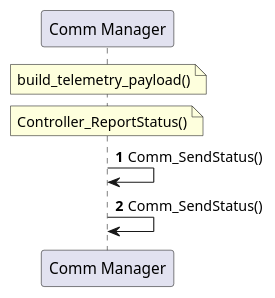
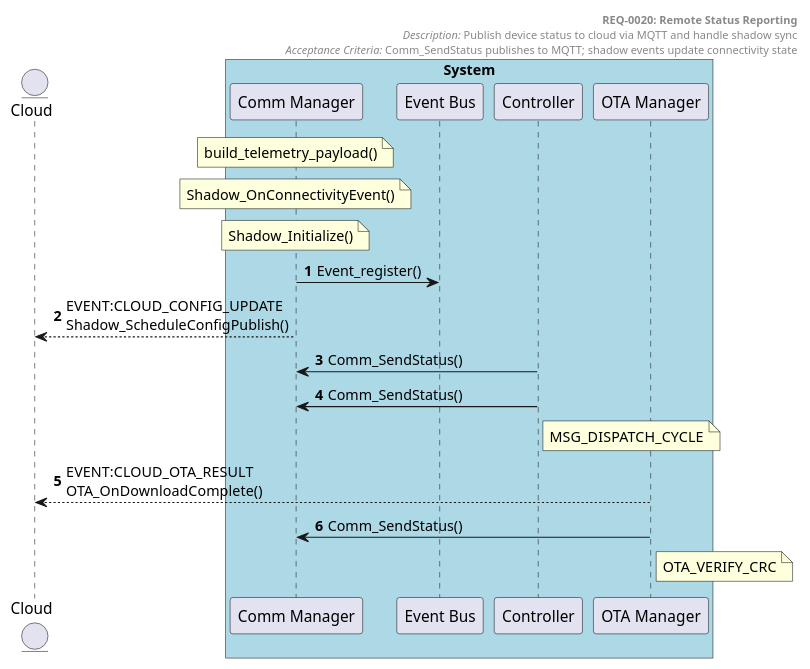
One commit to tvanfossen/doxygen-guard-example changed the diagram in docs/generated/sequences/REQ-0020.puml. Above: the diagram before and after it, drawn with PlantUML. The commit also changed 31 other files, not shown here.

First line of the commit message:
Expand examples: dual requirements, OTA flow, event bus, shadow sync

```diff
--- a/docs/generated/sequences/REQ-0020.puml
+++ b/docs/generated/sequences/REQ-0020.puml
@@ -1,12 +1,32 @@
-@startuml REQ-0020
+@startuml REQ-0020 Remote Status Reporting
 autonumber
 
-participant "Comm Manager" as Comm_Manager
+entity "Cloud" as Cloud
+
+box "System" #LightBlue
+  participant "Comm Manager" as Comm_Manager
+  participant "Event Bus" as Event_Bus
+  participant "Controller" as Controller
+  participant "OTA Manager" as OTA_Manager
+end box
+
+header
+  **REQ-0020: Remote Status Reporting**
+  //Description:// Publish device status to cloud via MQTT and handle shadow sync
+  //Acceptance Criteria:// Comm_SendStatus publishes to MQTT; shadow events update connectivity state
+end header
 
 note over Comm_Manager: build_telemetry_payload()
-note over Comm_Manager: Controller_ReportStatus()
+note over Comm_Manager: Shadow_OnConnectivityEvent()
+note over Comm_Manager: Shadow_Initialize()
 
-Comm_Manager -> Comm_Manager: Comm_SendStatus()
-Comm_Manager -> Comm_Manager: Comm_SendStatus()
+Comm_Manager -> Event_Bus: Event_register()
+Comm_Manager --> Cloud: EVENT:CLOUD_CONFIG_UPDATE\nShadow_ScheduleConfigPublish()
+Controller -> Comm_Manager: Comm_SendStatus()
+Controller -> Comm_Manager: Comm_SendStatus()
+note right of Controller: MSG_DISPATCH_CYCLE
+OTA_Manager --> Cloud: EVENT:CLOUD_OTA_RESULT\nOTA_OnDownloadComplete()
+OTA_Manager -> Comm_Manager: Comm_SendStatus()
+note right of OTA_Manager: OTA_VERIFY_CRC
 
 @enduml
```
